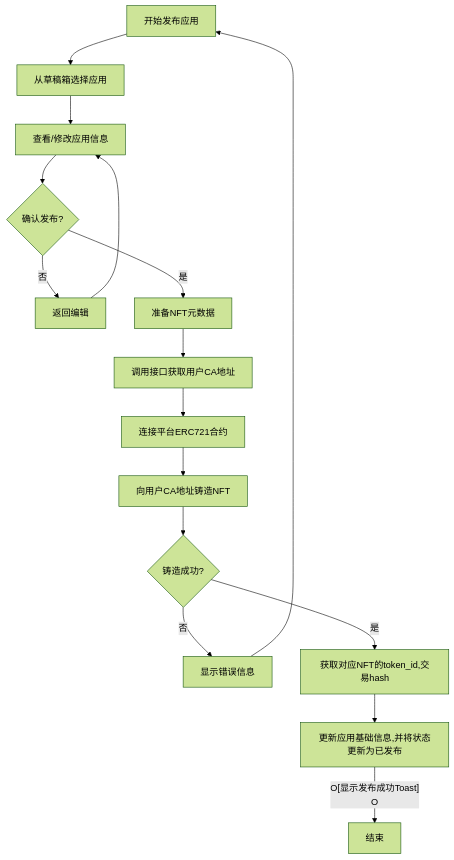
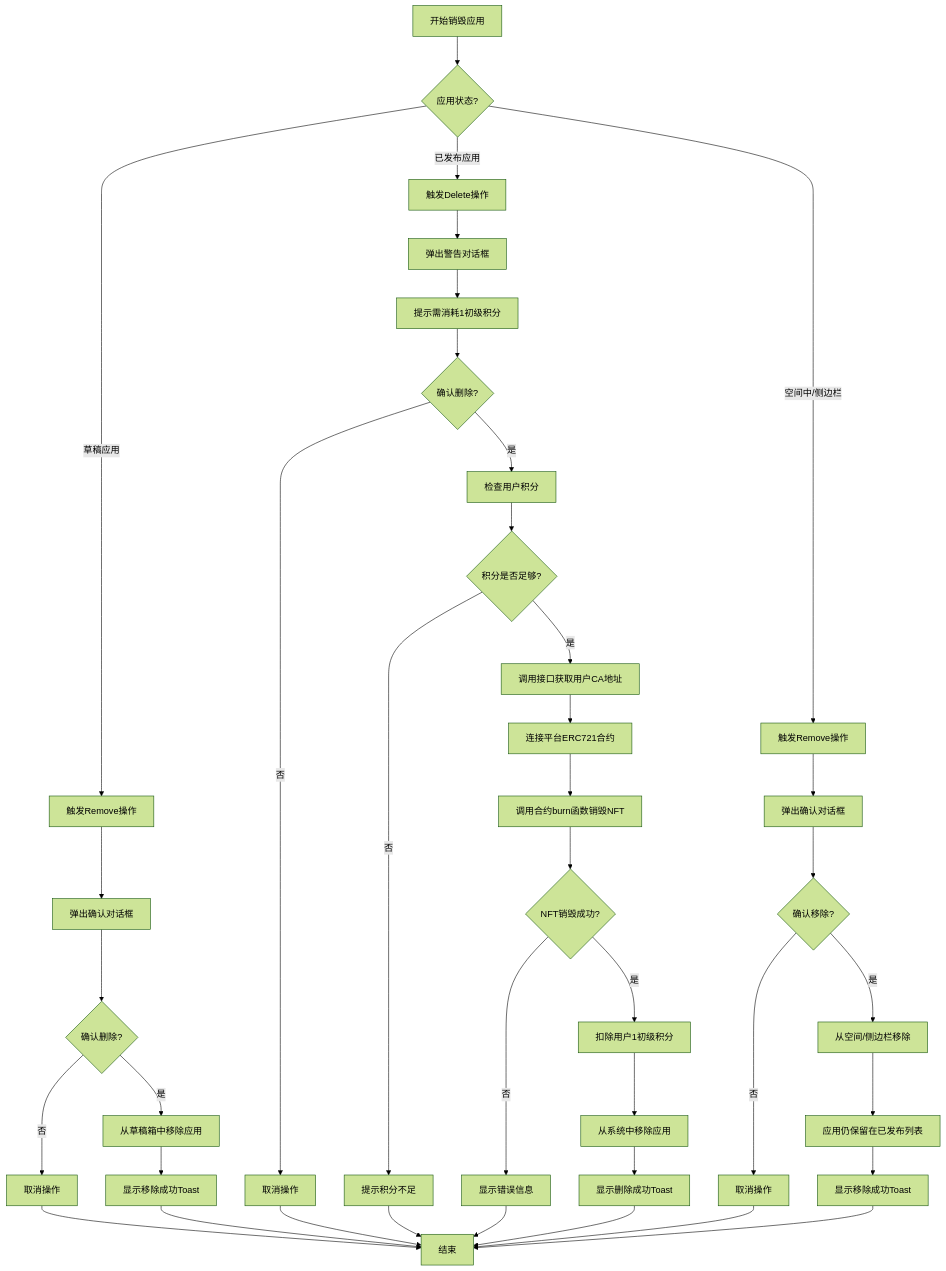
The diagram in all/未命名-66.md (yingjianzh/iodraw-files), drawn with Mermaid (forest theme) before and after one commit.

Commit message:
2025-05-27 11:27:28 update

````diff
--- a/all/未命名-66.md
+++ b/all/未命名-66.md
@@ -1,21 +1,49 @@
 ```mermaid
 
 flowchart TD
-    A[开始发布应用] --> B[从草稿箱选择应用]
-    B --> C[查看/修改应用信息]
-    C --> D{确认发布?}
-    D -->|否| E[返回编辑]
-    E --> C
-    D -->|是| F[准备NFT元数据]
-    F --> G[调用接口获取用户CA地址]
-    G --> H[连接平台ERC721合约]
-    H --> I[向用户CA地址铸造NFT]
-    I --> J{铸造成功?}
-    J -->|否| K[显示错误信息]
-    K --> A
-    J -->|是| L[获取对应NFT的token_id,交易hash]
-    L --> M[更新应用基础信息,并将状态更新为已发布]
-    M --O[显示发布成功Toast]
-    O --> P[结束]
+    A[开始销毁应用] --> B{应用状态?}
+    
+    %% 草稿应用的移除流程
+    B -->|草稿应用| C[触发Remove操作]
+    C --> D[弹出确认对话框]
+    D --> E{确认删除?}
+    E -->|否| F[取消操作]
+    F --> Z[结束]
+    E -->|是| G[从草稿箱中移除应用]
+    G --> H[显示移除成功Toast]
+    H --> Z
+    
+    %% 已发布应用的删除流程
+    B -->|已发布应用| I[触发Delete操作]
+    I --> J[弹出警告对话框]
+    J --> K[提示需消耗1初级积分]
+    K --> L{确认删除?}
+    L -->|否| M[取消操作]
+    M --> Z
+    L -->|是| N[检查用户积分]
+    N --> O{积分是否足够?}
+    O -->|否| P[提示积分不足]
+    P --> Z
+    O -->|是| Q[调用接口获取用户CA地址]
+    Q --> R[连接平台ERC721合约]
+    R --> S[调用合约burn函数销毁NFT]
+    S --> T{NFT销毁成功?}
+    T -->|否| U[显示错误信息]
+    U --> Z
+    T -->|是| V[扣除用户1初级积分]
+    V --> W[从系统中移除应用]
+    W --> X[显示删除成功Toast]
+    X --> Z
+    
+    %% 空间或侧边栏中应用的移除
+    B -->|空间中/侧边栏| Y[触发Remove操作]
+    Y --> AA[弹出确认对话框]
+    AA --> BB{确认移除?}
+    BB -->|否| CC[取消操作]
+    CC --> Z
+    BB -->|是| DD[从空间/侧边栏移除]
+    DD --> EE[应用仍保留在已发布列表]
+    EE --> FF[显示移除成功Toast]
+    FF --> Z
 
 ```
````
